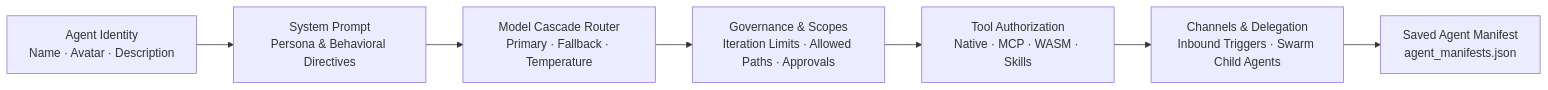
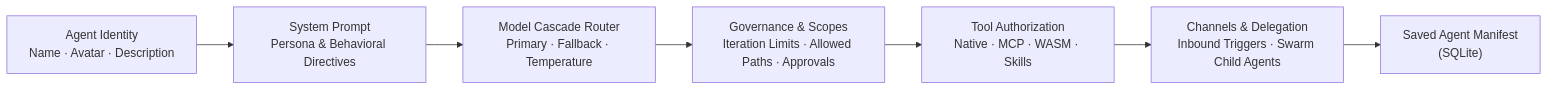
The diagram in docs/user-guide/agent-studio.mdx (actonos/docs), drawn with Mermaid before and after one commit. The commit also changed other lines of this file and 47 other files, not shown here.

````diff
--- a/docs/user-guide/agent-studio.mdx
+++ b/docs/user-guide/agent-studio.mdx
@@ -12,9 +12,9 @@
 ```mermaid
 graph LR
     A["Agent Identity<br/>Name · Avatar · Description"] --> B["System Prompt<br/>Persona & Behavioral Directives"]
     B --> C["Model Cascade Router<br/>Primary · Fallback · Temperature"]
     C --> D["Governance & Scopes<br/>Iteration Limits · Allowed Paths · Approvals"]
     D --> E["Tool Authorization<br/>Native · MCP · WASM · Skills"]
     E --> F["Channels & Delegation<br/>Inbound Triggers · Swarm Child Agents"]
-    F --> G["Saved Agent Manifest<br/>agent_manifests.json"]
+    F --> G["Saved Agent Manifest<br/>(SQLite)"]
 ```
````
